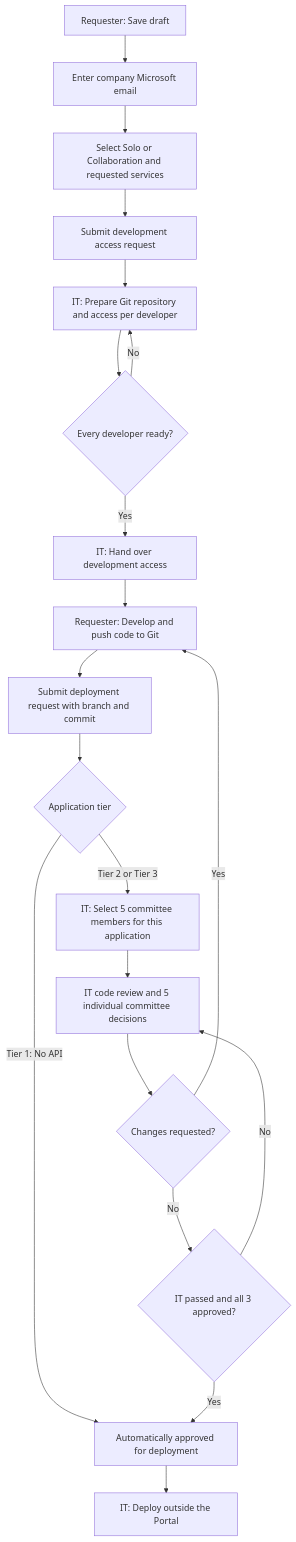
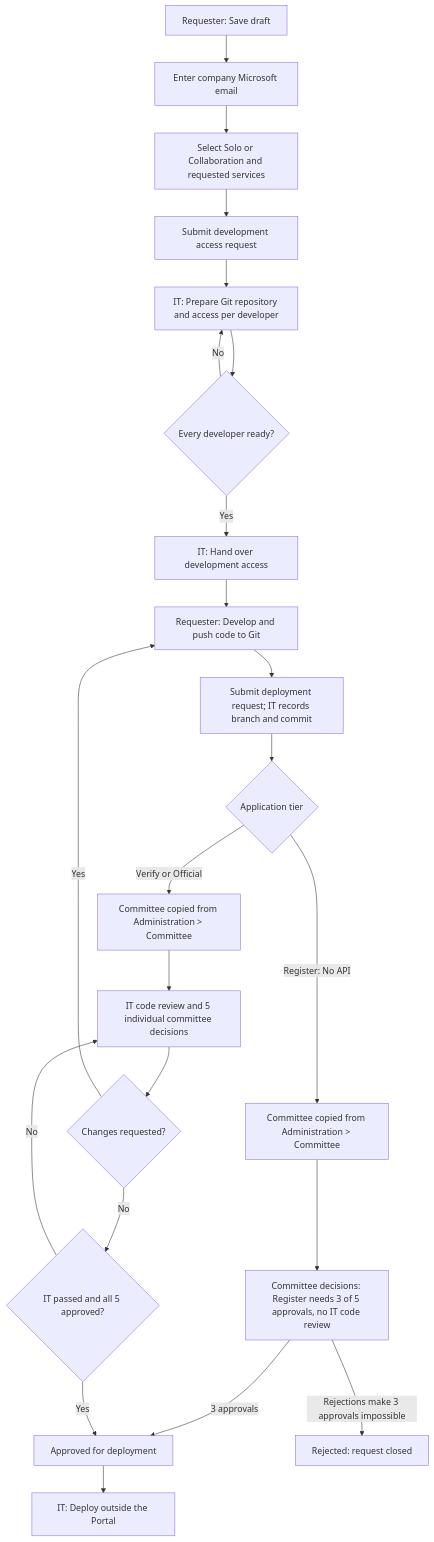
One commit to ThapanaArm/MGT_Portal changed the diagram in docs/application-request-flow.md. Above: the diagram before and after it, drawn with Mermaid. The commit also changed other lines of this file and 109 other files, not shown here.

````diff
--- a/docs/application-request-flow.md
+++ b/docs/application-request-flow.md
@@ -5,22 +5,25 @@
 ```mermaid
 flowchart TD
     A[Requester: Save draft] --> B[Enter company Microsoft email]
     B --> C[Select Solo or Collaboration and requested services]
     C --> D[Submit development access request]
     D --> E[IT: Prepare Git repository and access per developer]
     E --> F{Every developer ready?}
     F -- No --> E
     F -- Yes --> G[IT: Hand over development access]
     G --> H[Requester: Develop and push code to Git]
-    H --> I[Submit deployment request with branch and commit]
+    H --> I[Submit deployment request; IT records branch and commit]
     I --> J{Application tier}
-    J -- Tier 1: No API --> N[Automatically approved for deployment]
-    J -- Tier 2 or Tier 3 --> S[IT: Select 5 committee members for this application]
+    J -- Register: No API --> R[Committee copied from Administration > Committee]
+    R --> RV[Committee decisions: Register needs 3 of 5 approvals, no IT code review]
+    RV -- 3 approvals --> N[Approved for deployment]
+    RV -- Rejections make 3 approvals impossible --> X[Rejected: request closed]
+    J -- Verify or Official --> S[Committee copied from Administration > Committee]
     S --> K[IT code review and 5 individual committee decisions]
     K --> L{Changes requested?}
     L -- Yes --> H
-    L -- No --> M{IT passed and all 3 approved?}
+    L -- No --> M{IT passed and all 5 approved?}
     M -- No --> K
     M -- Yes --> N
     N --> O[IT: Deploy outside the Portal]
 ```
````
